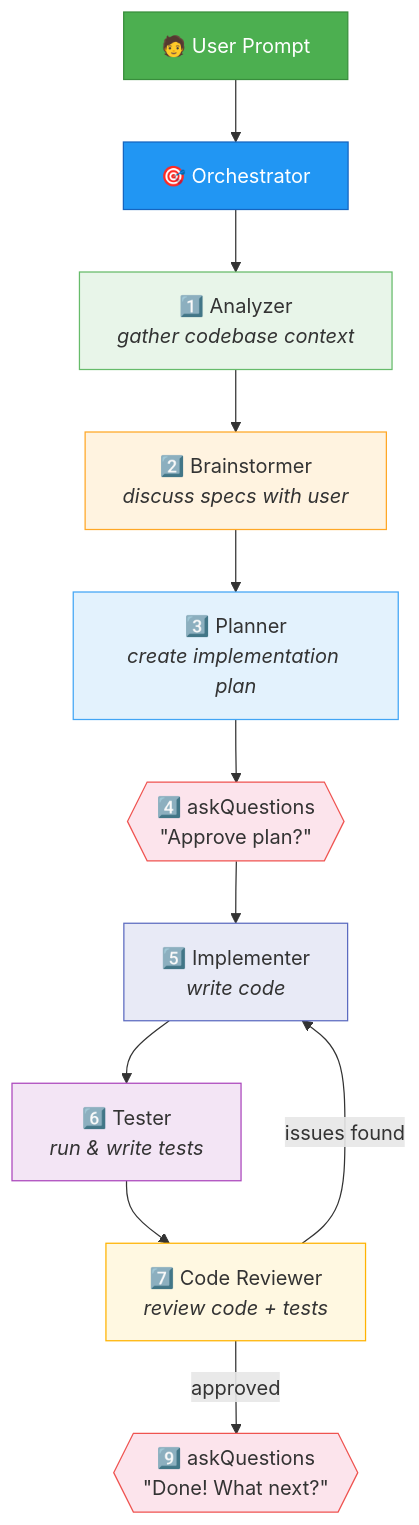
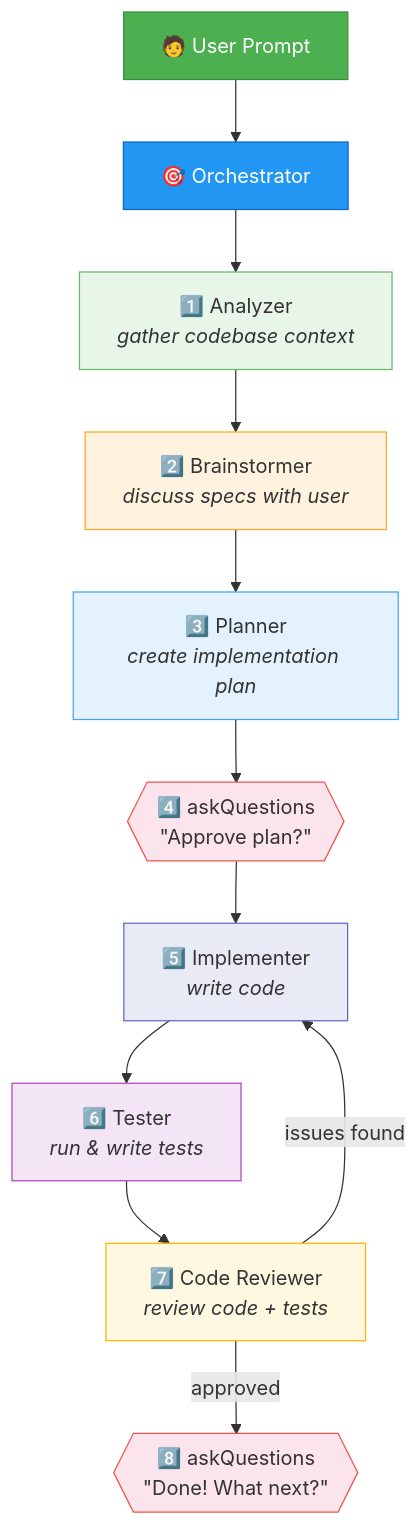
Before and after one commit to pft-IvanLim/copilot-agent: the second of 2 diagrams in README.md, drawn with Mermaid. The commit also changed other lines of this file and 1 other file, not shown here.

````diff
--- a/README.md
+++ b/README.md
@@ -80,25 +80,25 @@
 ```mermaid
 flowchart TD
     A["🧑 User Prompt"] --> B["🎯 Orchestrator"]
     
     B --> C["1️⃣ Analyzer\n<i>gather codebase context</i>"]
     C --> D["2️⃣ Brainstormer\n<i>discuss specs with user</i>"]
     D --> E["3️⃣ Planner\n<i>create implementation plan</i>"]
     E --> F{{"4️⃣ askQuestions\n&quot;Approve plan?&quot;"}}
     F --> G["5️⃣ Implementer\n<i>write code</i>"]
     G --> H["6️⃣ Tester\n<i>run & write tests</i>"]
     H --> I["7️⃣ Code Reviewer\n<i>review code + tests</i>"]
     I -- "issues found" --> G
-    I -- "approved" --> J{{"9️⃣ askQuestions\n&quot;Done! What next?&quot;"}}
+    I -- "approved" --> J{{"8️⃣ askQuestions\n&quot;Done! What next?&quot;"}}
 
     style A fill:#4CAF50,stroke:#388E3C,color:#fff
     style B fill:#2196F3,stroke:#1565C0,color:#fff
     style C fill:#E8F5E9,stroke:#66BB6A
     style D fill:#FFF3E0,stroke:#FFA726
     style E fill:#E3F2FD,stroke:#42A5F5
     style F fill:#FCE4EC,stroke:#EF5350
     style G fill:#E8EAF6,stroke:#5C6BC0
     style H fill:#F3E5F5,stroke:#AB47BC
     style I fill:#FFF8E1,stroke:#FFB300
     style J fill:#FCE4EC,stroke:#EF5350
 ```
````
